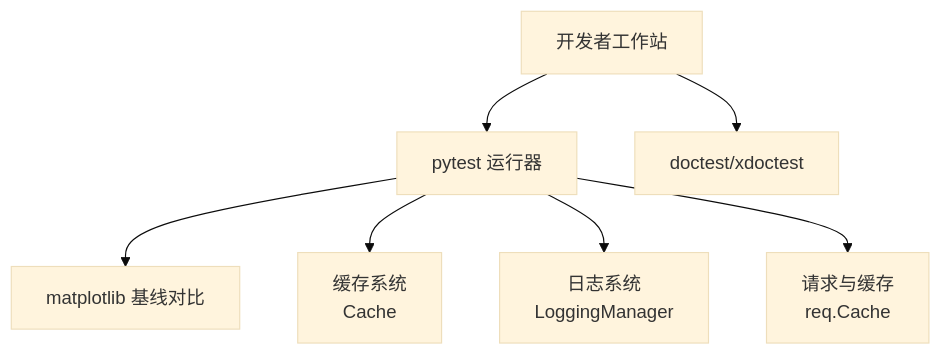
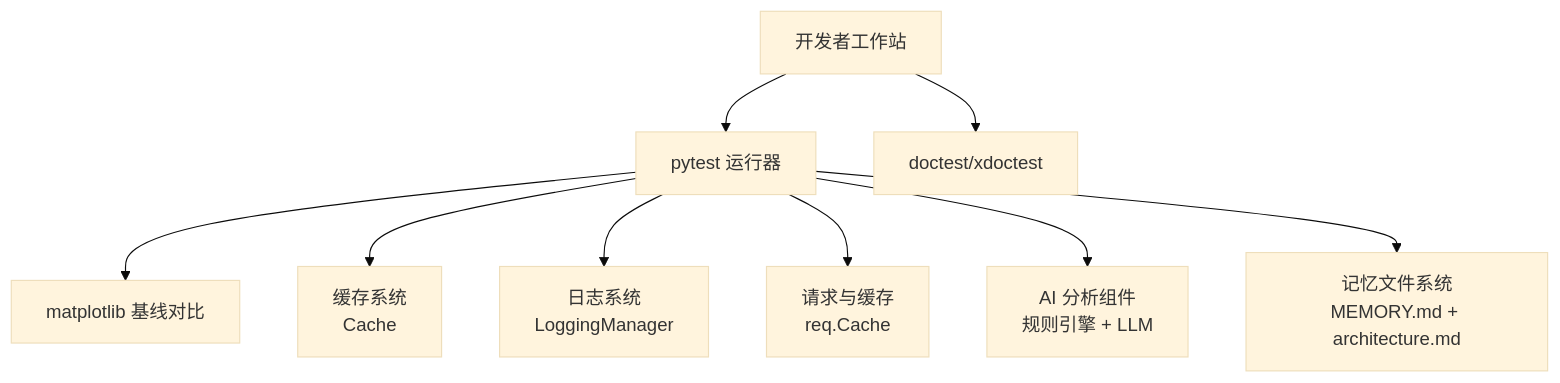
The second of 7 diagrams in .qoder/repowiki/zh/content/开发者指南/开发者指南.md (jianai0330/Fast-F1), drawn with Mermaid (base theme) before and after one commit. The commit also changed other lines of this file and 22 other files, not shown here.

````diff
--- a/.qoder/repowiki/zh/content/开发者指南/开发者指南.md
+++ b/.qoder/repowiki/zh/content/开发者指南/开发者指南.md
@@ -106,16 +134,20 @@
 ```mermaid
 graph TB
 DEV["开发者工作站"]
 PYTEST["pytest 运行器"]
 DOCTEST["doctest/xdoctest"]
 MPLBASE["matplotlib 基线对比"]
 CACHE["缓存系统<br/>Cache"]
 LOG["日志系统<br/>LoggingManager"]
 REQ["请求与缓存<br/>req.Cache"]
+AI["AI 分析组件<br/>规则引擎 + LLM"]
+MEM["记忆文件系统<br/>MEMORY.md + architecture.md"]
 DEV --> PYTEST
 DEV --> DOCTEST
 PYTEST --> MPLBASE
 PYTEST --> CACHE
 PYTEST --> LOG
 PYTEST --> REQ
+PYTEST --> AI
+PYTEST --> MEM
 ```
````
